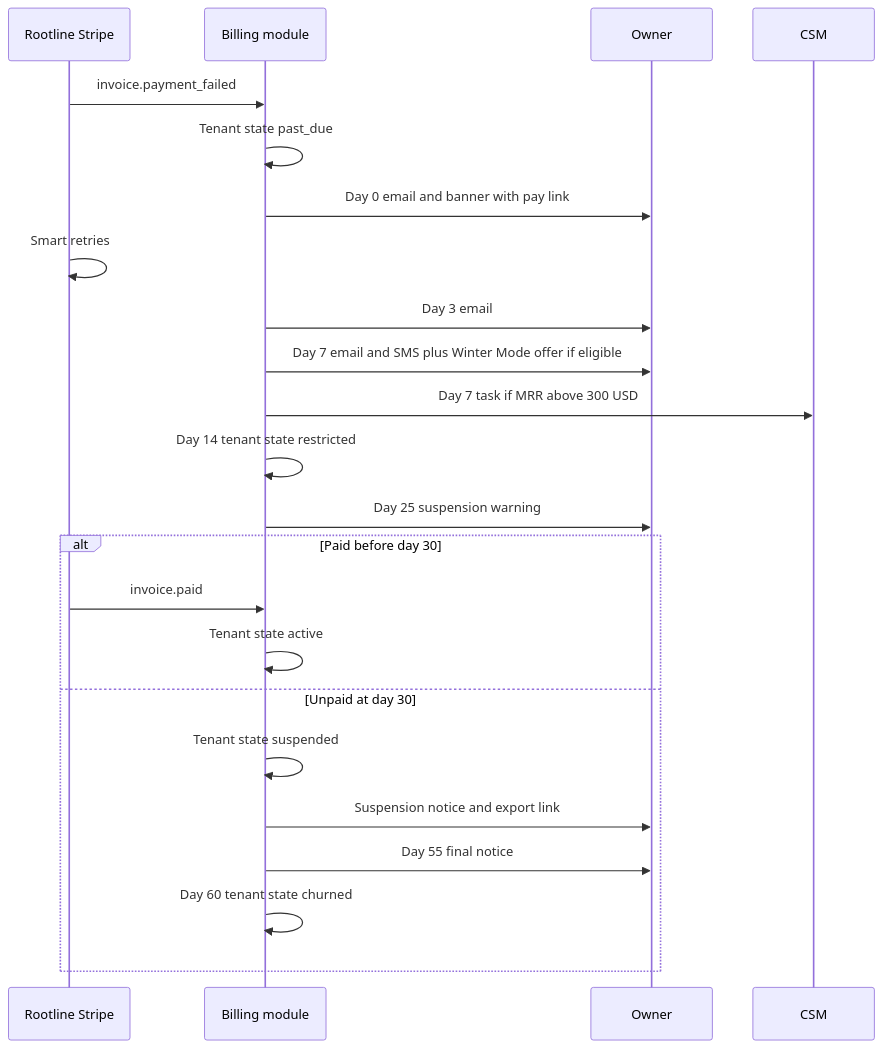
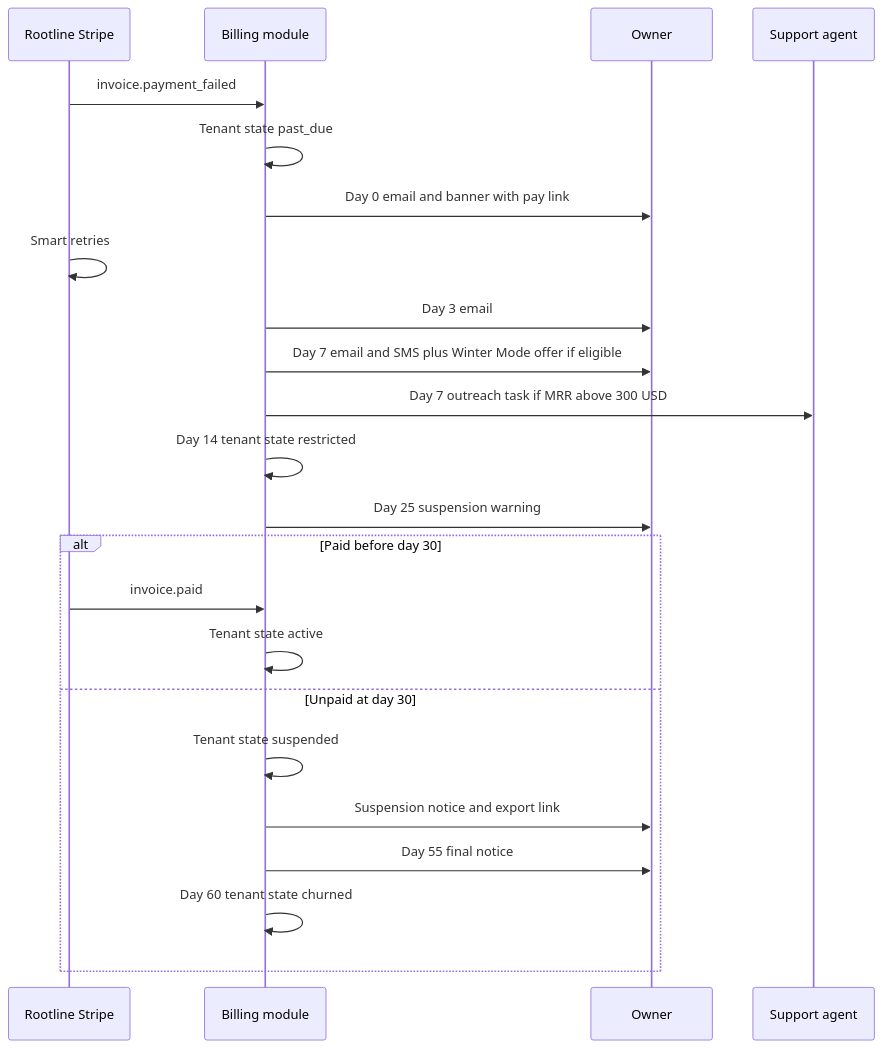
One commit to jdinard/landscape changed the fifth of 13 diagrams in docs/19-platform-admin-portal.md. Above: the diagram before and after it, drawn with Mermaid. The commit also changed other lines of this file and 42 other files, not shown here.

````diff
--- a/docs/19-platform-admin-portal.md
+++ b/docs/19-platform-admin-portal.md
@@ -1078,25 +1083,25 @@
 ```mermaid
 sequenceDiagram
     participant Stripe as Rootline Stripe
     participant Billing as Billing module
     participant Owner
-    participant CSM
+    participant Support as Support agent
     Stripe->>Billing: invoice.payment_failed
     Billing->>Billing: Tenant state past_due
     Billing->>Owner: Day 0 email and banner with pay link
     Stripe->>Stripe: Smart retries
     Billing->>Owner: Day 3 email
     Billing->>Owner: Day 7 email and SMS plus Winter Mode offer if eligible
-    Billing->>CSM: Day 7 task if MRR above 300 USD
+    Billing->>Support: Day 7 outreach task if MRR above 300 USD
     Billing->>Billing: Day 14 tenant state restricted
     Billing->>Owner: Day 25 suspension warning
     alt Paid before day 30
         Stripe->>Billing: invoice.paid
         Billing->>Billing: Tenant state active
     else Unpaid at day 30
         Billing->>Billing: Tenant state suspended
         Billing->>Owner: Suspension notice and export link
         Billing->>Owner: Day 55 final notice
         Billing->>Billing: Day 60 tenant state churned
     end
 ```
````
